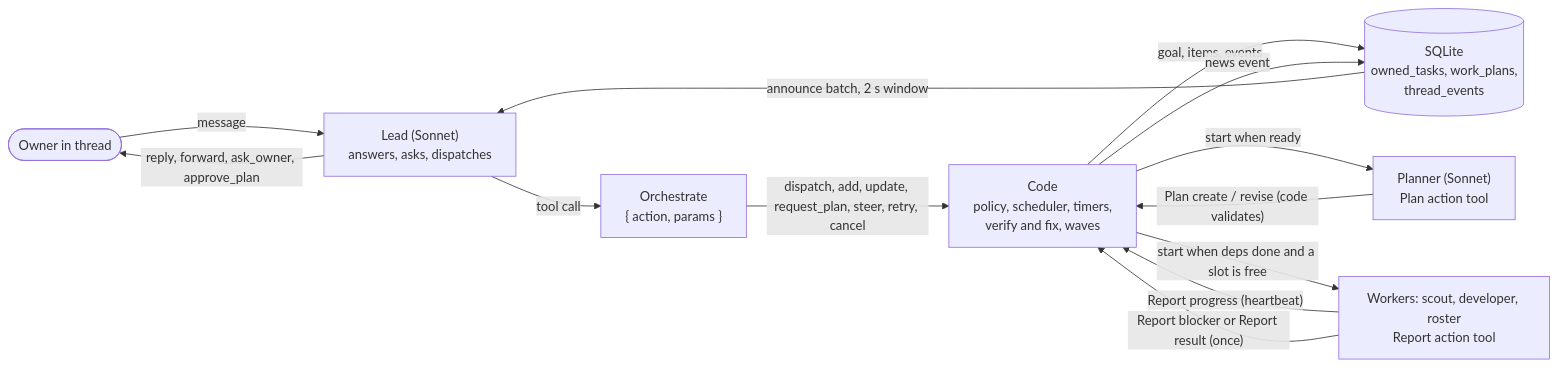
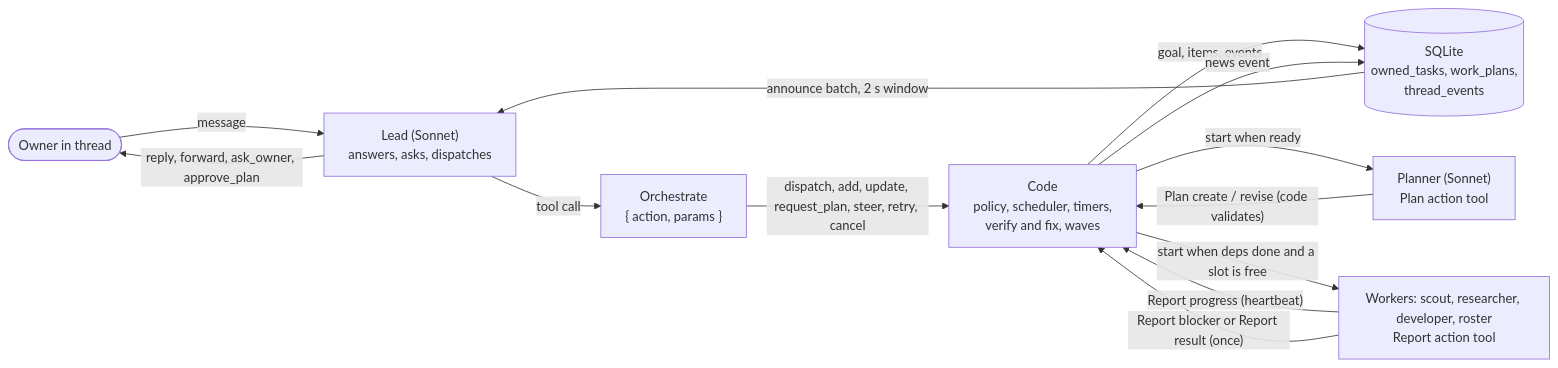
The first of 6 diagrams in docs/lead-team-flow.md (longlee218/slim-friday), drawn with Mermaid before and after one commit. The commit also changed other lines of this file and 99 other files, not shown here.

First line of the commit message:
feat(roles): rich role contracts, researcher split from scout, code-computed plan budget, preloaded lead skill

````diff
--- a/docs/lead-team-flow.md
+++ b/docs/lead-team-flow.md
@@ -14,23 +14,23 @@
 ```mermaid
 flowchart LR
     Owner(["Owner in thread"])
     Lead["Lead (Sonnet)<br/>answers, asks, dispatches"]
     Orch["Orchestrate<br/>{ action, params }"]
     Code["Code<br/>policy, scheduler, timers,<br/>verify and fix, waves"]
     DB[("SQLite<br/>owned_tasks, work_plans,<br/>thread_events")]
     Planner["Planner (Sonnet)<br/>Plan action tool"]
-    Workers["Workers: scout, developer, roster<br/>Report action tool"]
+    Workers["Workers: scout, researcher, developer, roster<br/>Report action tool"]
 
     Owner -->|message| Lead
     Lead -->|tool call| Orch
     Orch -->|"dispatch, add, update, request_plan, steer, retry, cancel"| Code
     Code -->|"goal, items, events"| DB
     Code -->|"start when ready"| Planner
     Code -->|"start when deps done and a slot is free"| Workers
     Planner -->|"Plan create / revise (code validates)"| Code
     Workers -->|"Report progress (heartbeat)"| Code
     Workers -->|"Report blocker or Report result (once)"| Code
     Code -->|"news event"| DB
     DB -->|"announce batch, 2 s window"| Lead
     Lead -->|"reply, forward, ask_owner, approve_plan"| Owner
 ```
````
